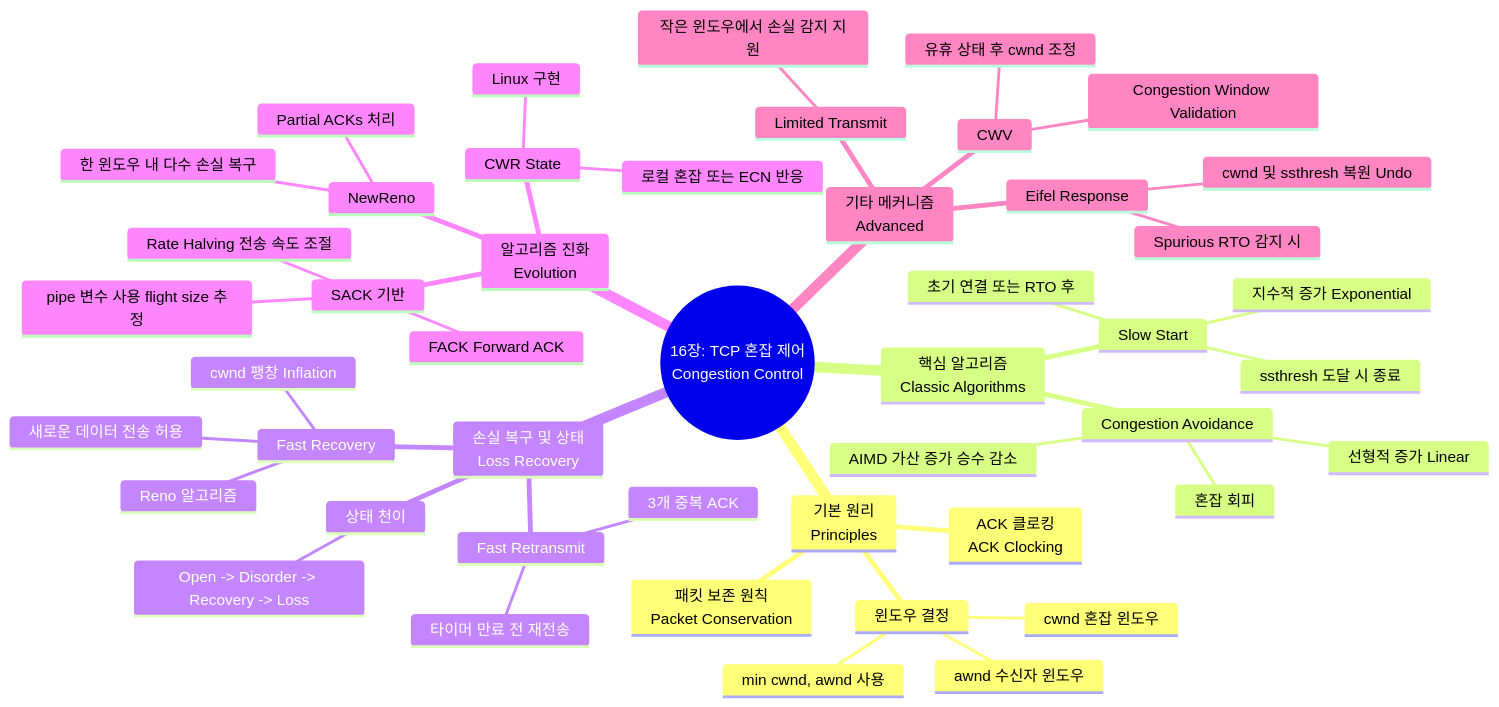
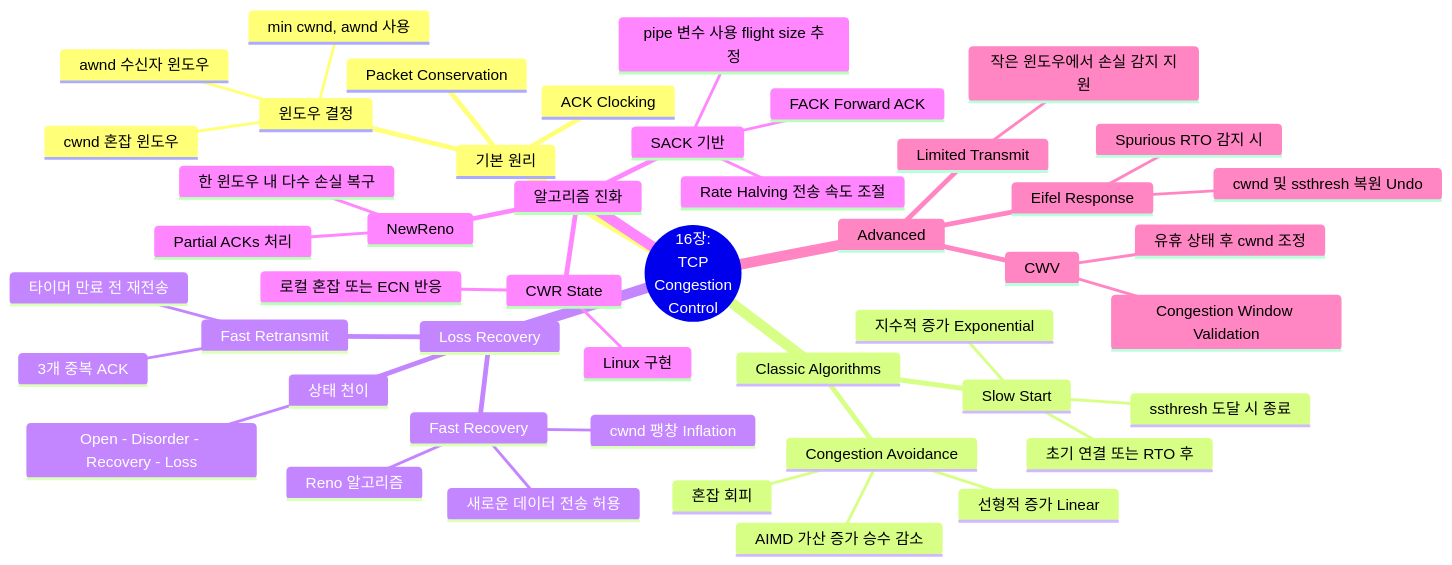
Before and after one commit to youngmin-gwon/what-i-studied: the diagram in 01_inbox/books/tcp_ip_illustrated_1/chapter16.md, drawn with Mermaid. The commit also changed other lines of this file and 6 other files, not shown here.

````diff
--- a/01_inbox/books/tcp_ip_illustrated_1/chapter16.md
+++ b/01_inbox/books/tcp_ip_illustrated_1/chapter16.md
@@ -13,50 +13,50 @@
 ```mermaid
 mindmap
-  root((16장: TCP 혼잡 제어<br>Congestion Control))
-    기본 원리<br>Principles
-      패킷 보존 원칙<br>Packet Conservation
-      ACK 클로킹<br>ACK Clocking
+  root((16장:<br>TCP<br>Congestion<br>Control))
+    기본 원리
+      Packet Conservation
+      ACK Clocking
       윈도우 결정
         cwnd 혼잡 윈도우
         awnd 수신자 윈도우
         min cwnd, awnd 사용
-    핵심 알고리즘<br>Classic Algorithms
+    Classic Algorithms
       Slow Start
         초기 연결 또는 RTO 후
         지수적 증가 Exponential
         ssthresh 도달 시 종료
       Congestion Avoidance
         혼잡 회피
         선형적 증가 Linear
         AIMD 가산 증가 승수 감소
-    손실 복구 및 상태<br>Loss Recovery
+    Loss Recovery
       Fast Retransmit
         3개 중복 ACK
         타이머 만료 전 재전송
       Fast Recovery
         Reno 알고리즘
         cwnd 팽창 Inflation
         새로운 데이터 전송 허용
       상태 천이
-        Open -> Disorder -> Recovery -> Loss
-    알고리즘 진화<br>Evolution
+        Open - Disorder - Recovery - Loss
+    알고리즘 진화
       NewReno
         Partial ACKs 처리
         한 윈도우 내 다수 손실 복구
       SACK 기반
         pipe 변수 사용 flight size 추정
         FACK Forward ACK
         Rate Halving 전송 속도 조절
       CWR State
         Linux 구현
         로컬 혼잡 또는 ECN 반응
-    기타 메커니즘<br>Advanced
+    Advanced
       CWV
         Congestion Window Validation
         유휴 상태 후 cwnd 조정
       Limited Transmit
         작은 윈도우에서 손실 감지 지원
       Eifel Response
         Spurious RTO 감지 시
         cwnd 및 ssthresh 복원 Undo
 ```
````
